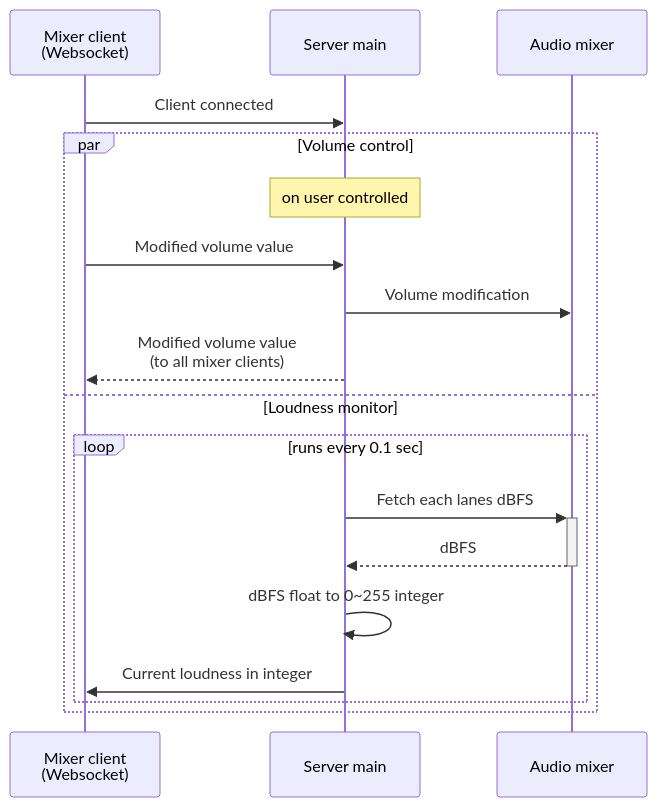
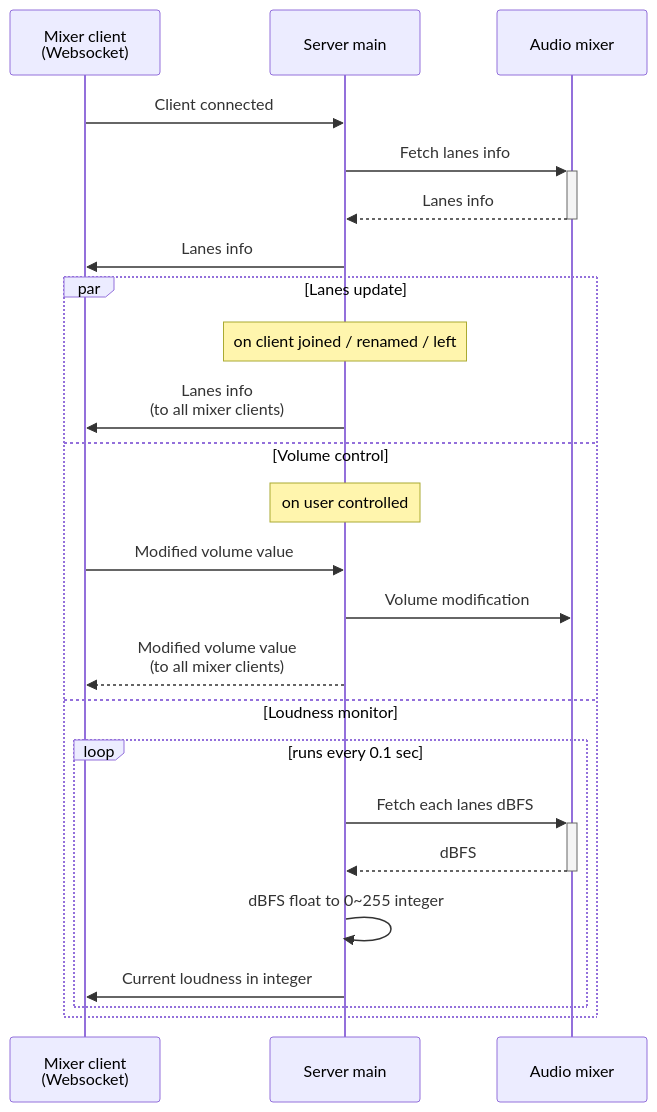
Before and after one commit to aKuad/web-intercom: the second of 2 diagrams in designs/server-sequence.md, drawn with Mermaid.

Commit message:
Mod: `server-sequence.md` Lanes info updating sequence necessary

````diff
--- a/designs/server-sequence.md
+++ b/designs/server-sequence.md
@@ -24,22 +24,28 @@
 ```mermaid
 sequenceDiagram
   participant WSM as Mixer client<br>(Websocket)
   participant S as Server main
   participant AM as Audio mixer
 
   WSM->>S: Client connected
+  S->>+AM: Fetch lanes info
+  AM-->>-S: Lanes info
+  S->>WSM: Lanes info
 
-  par Volume control
+  par Lanes update
+    Note over S: on client joined / renamed / left
+    S->>WSM: Lanes info<br>(to all mixer clients)
+  and Volume control
     Note over S: on user controlled
     WSM->>S: Modified volume value
     S->>AM: Volume modification
     S-->>WSM: Modified volume value<br>(to all mixer clients)
   and Loudness monitor
     loop runs every 0.1 sec
       S->>+AM: Fetch each lanes dBFS
       AM-->>-S: dBFS
       S->>S: dBFS float to 0~255 integer
       S->>WSM: Current loudness in integer
     end
   end
 ```
````
